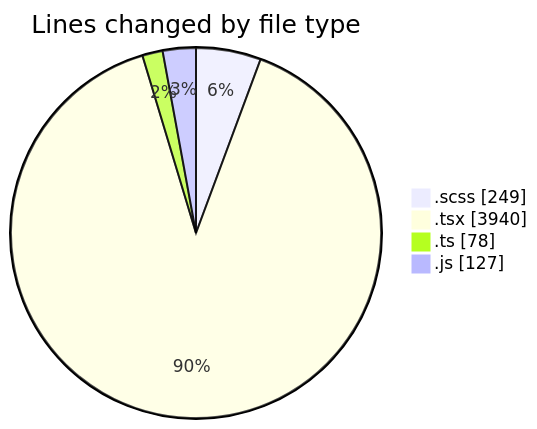
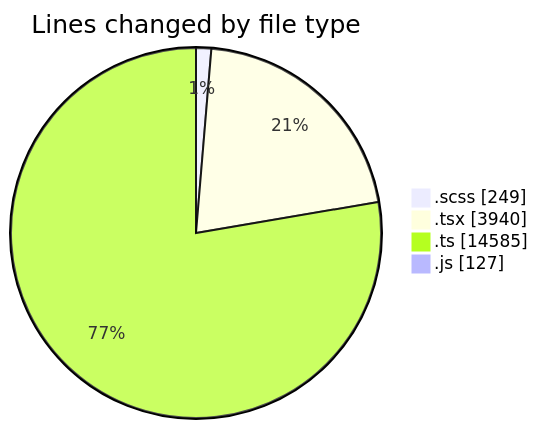
Before and after one commit to momahboobian/code-tracking: the first of 2 diagrams in 2025-09-26/cda/README.md, drawn with Mermaid. The commit also changed other lines of this file and 1 other file, not shown here.

````diff
--- a/2025-09-26/cda/README.md
+++ b/2025-09-26/cda/README.md
@@ -27,8 +29,8 @@
 ```mermaid
 pie showData
 title Lines changed by file type
 ".scss" : 249
 ".tsx" : 3940
-".ts" : 78
+".ts" : 14585
 ".js" : 127
 ```
````
